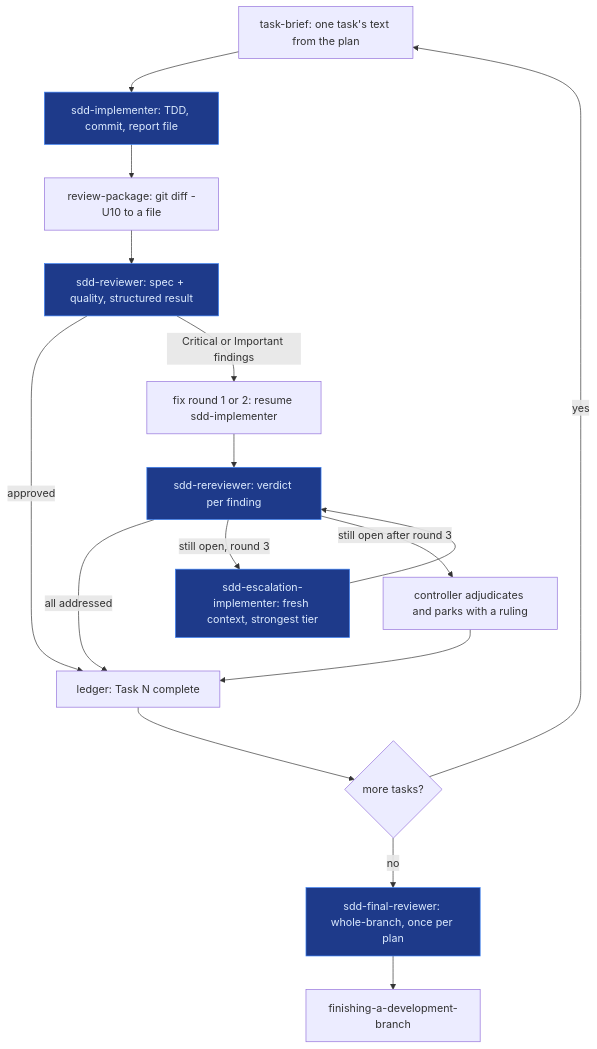
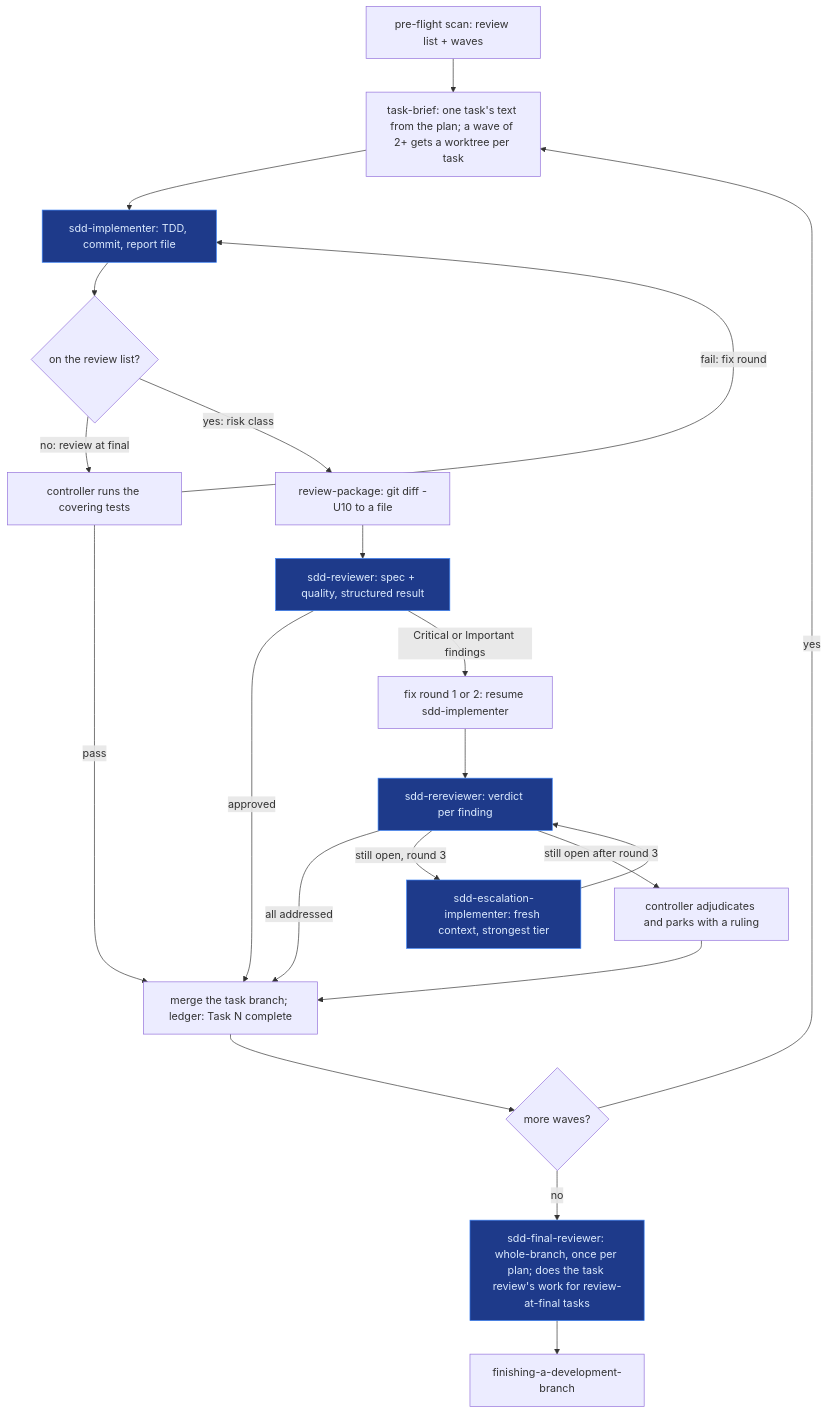
One commit to LoneExile/omp-superpowers changed the first of 2 diagrams in README.md. Above: the diagram before and after it, drawn with Mermaid. The commit also changed other lines of this file and 1 other file, not shown here.

Commit message:
docs: README and CHANGELOG for the small-change path, one approval, and SDD waves

````diff
--- a/README.md
+++ b/README.md
@@ -55,21 +56,26 @@
 ```mermaid
 flowchart TD
-    B["task-brief: one task's text from the plan"] --> I
-    I["sdd-implementer: TDD, commit, report file"] --> P["review-package: git diff -U10 to a file"]
+    S["pre-flight scan: review list + waves"] --> B
+    B["task-brief: one task's text from the plan; a wave of 2+ gets a worktree per task"] --> I
+    I["sdd-implementer: TDD, commit, report file"] --> L{"on the review list?"}
+    L -->|"no: review at final"| T["controller runs the covering tests"]
+    T -->|"pass"| D
+    T -->|"fail: fix round"| I
+    L -->|"yes: risk class"| P["review-package: git diff -U10 to a file"]
     P --> R["sdd-reviewer: spec + quality, structured result"]
-    R -->|"approved"| D["ledger: Task N complete"]
+    R -->|"approved"| D["merge the task branch; ledger: Task N complete"]
     R -->|"Critical or Important findings"| F
     F["fix round 1 or 2: resume sdd-implementer"] --> RR["sdd-rereviewer: verdict per finding"]
     RR -->|"all addressed"| D
     RR -->|"still open, round 3"| E["sdd-escalation-implementer: fresh context, strongest tier"]
     E --> RR
     RR -->|"still open after round 3"| A["controller adjudicates and parks with a ruling"]
     A --> D
-    D --> N{"more tasks?"}
+    D --> N{"more waves?"}
     N -->|"yes"| B
-    N -->|"no"| W["sdd-final-reviewer: whole-branch, once per plan"]
+    N -->|"no"| W["sdd-final-reviewer: whole-branch, once per plan; does the task review's work for review-at-final tasks"]
     W --> X["finishing-a-development-branch"]
 
     classDef seat fill:#1e3a8a,stroke:#3b82f6,color:#dbeafe
     class I,R,RR,E,W seat
 ```
````
